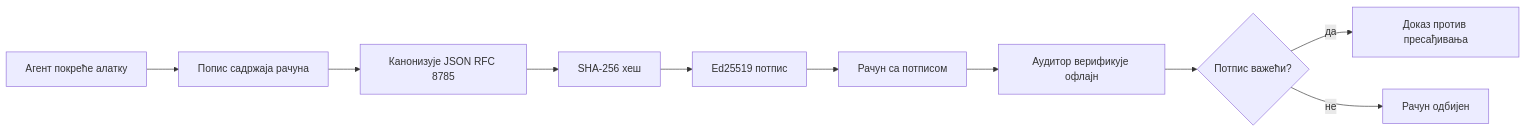
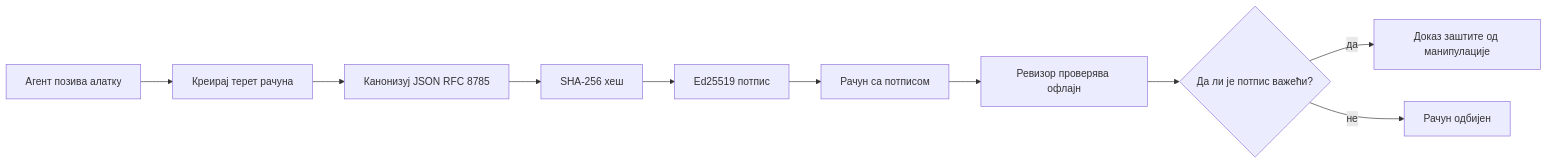
The first of 2 diagrams in translations/sr/18-securing-ai-agents/README.md (microsoft/ai-agents-for-beginners), drawn with Mermaid before and after one commit. The commit also changed other lines of this file and 93 other files, not shown here.

````diff
--- a/translations/sr/18-securing-ai-agents/README.md
+++ b/translations/sr/18-securing-ai-agents/README.md
@@ -51,12 +51,12 @@
 ```mermaid
 flowchart LR
-    A[Агент покреће алатку] --> B[Попис садржаја рачуна]
-    B --> C[Канонизује JSON RFC 8785]
+    A[Агент позива алатку] --> B[Креирај терет рачуна]
+    B --> C[Канонизуј JSON RFC 8785]
     C --> D[SHA-256 хеш]
-    D --> E[Еd25519 потпис]
+    D --> E[Ed25519 потпис]
     E --> F[Рачун са потписом]
-    F --> G[Аудитор верификује офлајн]
-    G --> H{Потпис важећи?}
-    H -- да --> I[Доказ против пресађивања]
+    F --> G[Ревизор проверява офлајн]
+    G --> H{Да ли је потпис важећи?}
+    H -- да --> I[Доказ заштите од манипулације]
     H -- не --> J[Рачун одбијен]
 ```
````
